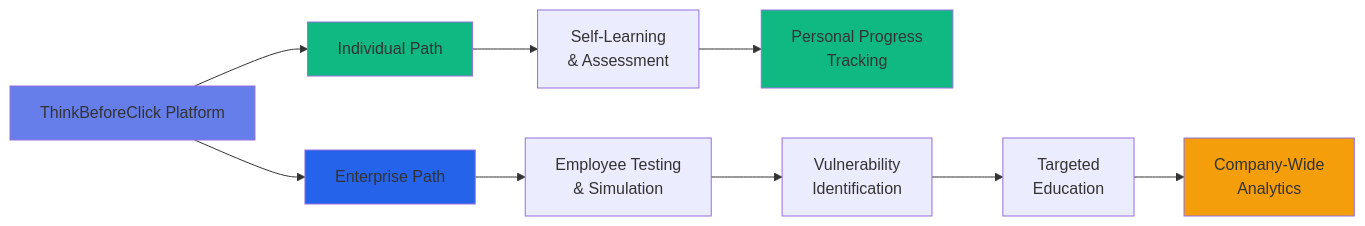
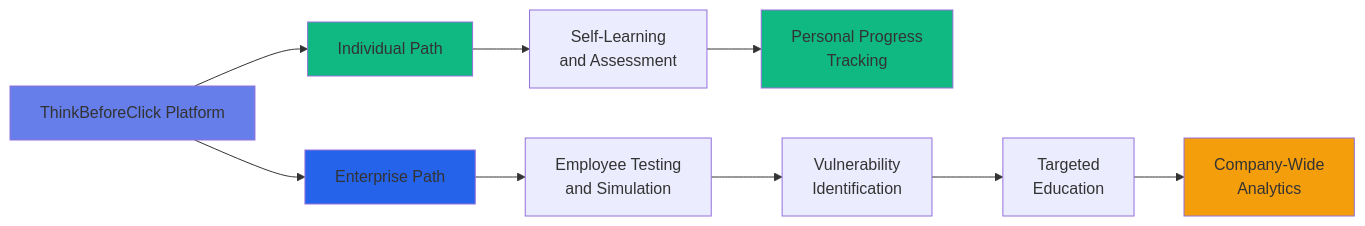
One commit to satashili/graph1 changed the third of 3 diagrams in picture.md. Above: the diagram before and after it, drawn with Mermaid.

Commit message:
change and

````diff
--- a/picture.md
+++ b/picture.md
@@ -71,19 +71,19 @@
 ```mermaid
 graph LR
     A[ThinkBeforeClick Platform] --> B[Individual Path]
     A --> C[Enterprise Path]
     
-    B --> D[Self-Learning<br>& Assessment]
+    B --> D[Self-Learning<br>and Assessment]
     D --> E[Personal Progress<br>Tracking]
     
-    C --> F[Employee Testing<br>& Simulation]
+    C --> F[Employee Testing<br>and Simulation]
     F --> G[Vulnerability<br>Identification]
     G --> H[Targeted<br>Education]
     H --> I[Company-Wide<br>Analytics]
     
     style A fill:#667eea
     style B fill:#10B981
     style C fill:#2563EB
     style E fill:#10B981
     style I fill:#F59E0B
 ```
````
